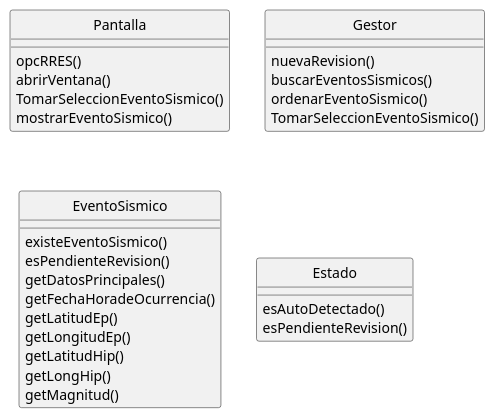
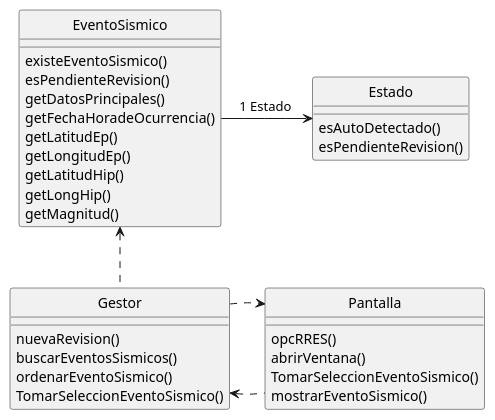
Before and after one commit to milipereyra/prueba1dsw: the diagram in DiagramaClases.puml, drawn with PlantUML.

Commit message:
Relaciones entre clases

```diff
--- a/DiagramaClases.puml
+++ b/DiagramaClases.puml
@@ -1,36 +1,41 @@
 @startuml DiagramaClases
 hide circle
 
 Class Pantalla{
     opcRRES()
     abrirVentana()
     TomarSeleccionEventoSismico()
     mostrarEventoSismico()
 }
 
 Class Gestor{
     nuevaRevision()
     buscarEventosSismicos()
     ordenarEventoSismico()
     TomarSeleccionEventoSismico()
 }
 
 Class EventoSismico{
     existeEventoSismico()
     esPendienteRevision()
     getDatosPrincipales()
     getFechaHoradeOcurrencia()
     getLatitudEp()
     getLongitudEp()
     getLatitudHip()
     getLongHip()
     getMagnitud()
 }
 
 Class Estado{
     esAutoDetectado()
     esPendienteRevision()
 }
 
+'Relaciones entre clases'
+Pantalla .left.> Gestor
+Gestor ..> Pantalla
+Gestor .up.> EventoSismico
+EventoSismico -right-> Estado: "1 Estado "
 
 @enduml
```
